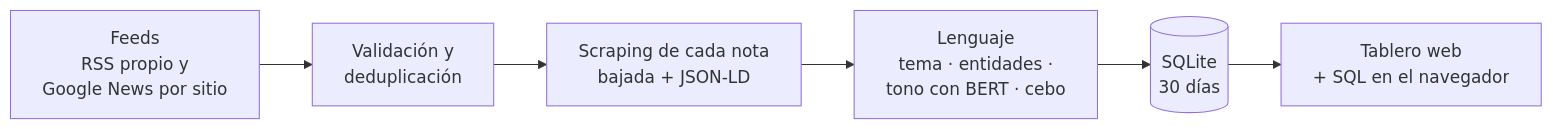
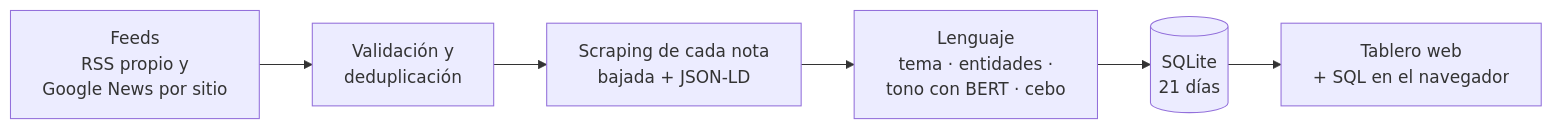
The diagram in README.md (miguegarrone-blip/Web-Mining), drawn with Mermaid before and after one commit. The commit also changed other lines of this file and 9 other files, not shown here.

````diff
--- a/README.md
+++ b/README.md
@@ -37,8 +37,8 @@
 ```mermaid
 flowchart LR
     A["Feeds<br/>RSS propio y<br/>Google News por sitio"] --> B["Validación y<br/>deduplicación"]
     B --> C["Scraping de cada nota<br/>bajada + JSON-LD"]
     C --> D["Lenguaje<br/>tema · entidades ·<br/>tono con BERT · cebo"]
-    D --> E[("SQLite<br/>30 días")]
+    D --> E[("SQLite<br/>21 días")]
     E --> F["Tablero web<br/>+ SQL en el navegador"]
 ```
````
